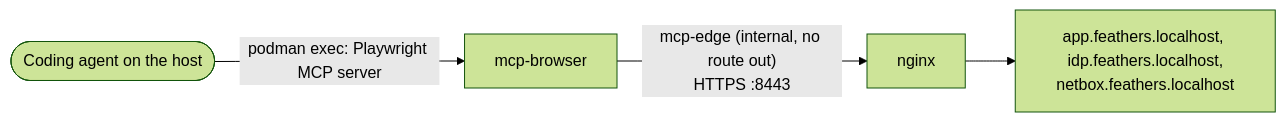
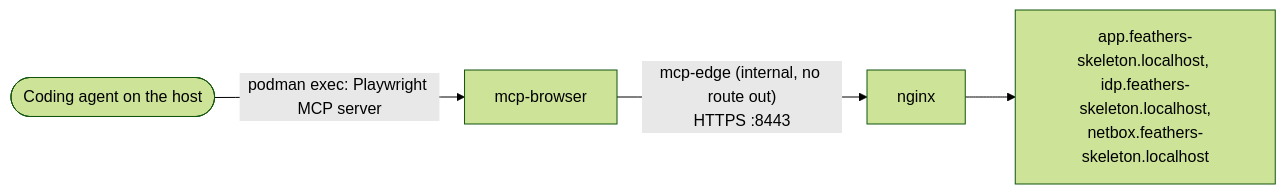
Before and after one commit to rabalyn/feathers-skeleton-stack: the third of 3 diagrams in docs/adr_v2/diagrams/testing.md, drawn with Mermaid (forest theme). The commit also changed other lines of this file and 23 other files, not shown here.

First line of the commit message:
feat(stack): name the skeleton's project feathers-skeleton (ADR 0035)

````diff
--- a/docs/adr_v2/diagrams/testing.md
+++ b/docs/adr_v2/diagrams/testing.md
@@ -59,6 +59,6 @@
 ```mermaid
 flowchart LR
   agent(["Coding agent on the host"]) -->|"podman exec: Playwright MCP server"| mcp["mcp-browser"]
   mcp -->|"mcp-edge (internal, no route out)<br>HTTPS :8443"| nginx["nginx"]
-  nginx --> app["app.feathers.localhost, idp.feathers.localhost,<br>netbox.feathers.localhost"]
+  nginx --> app["app.feathers-skeleton.localhost, idp.feathers-skeleton.localhost,<br>netbox.feathers-skeleton.localhost"]
 ```
````
